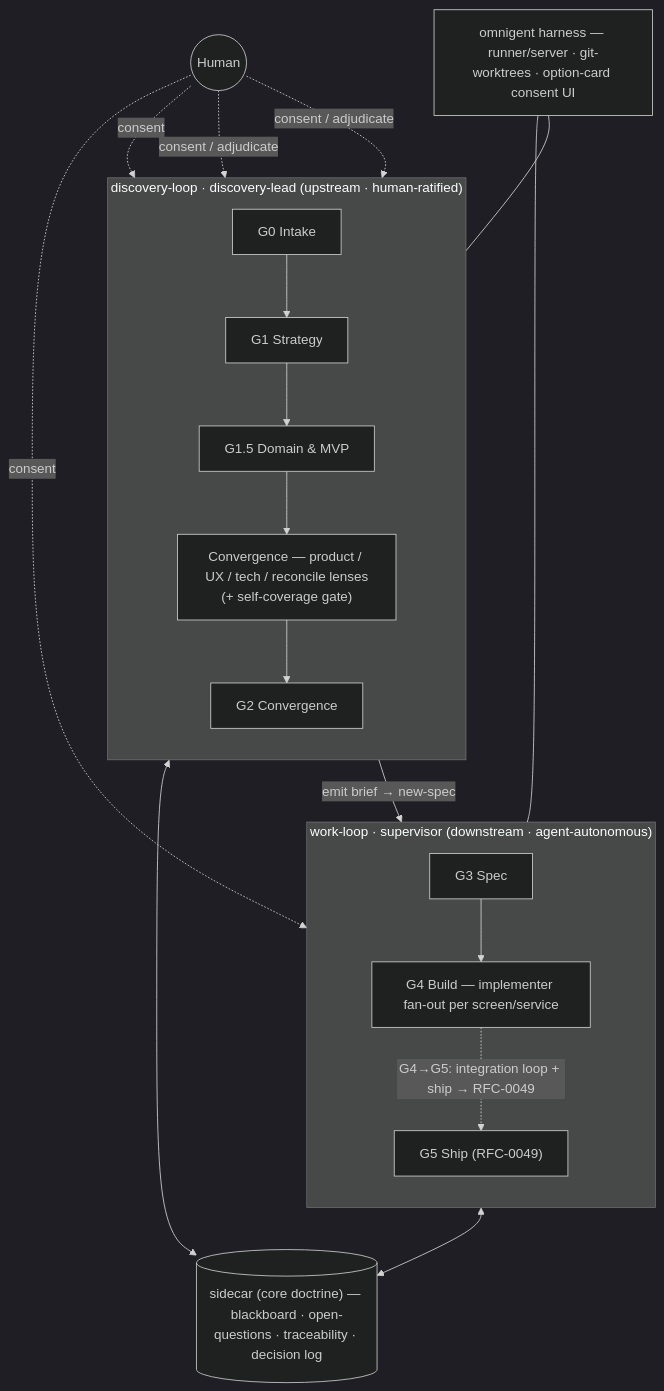
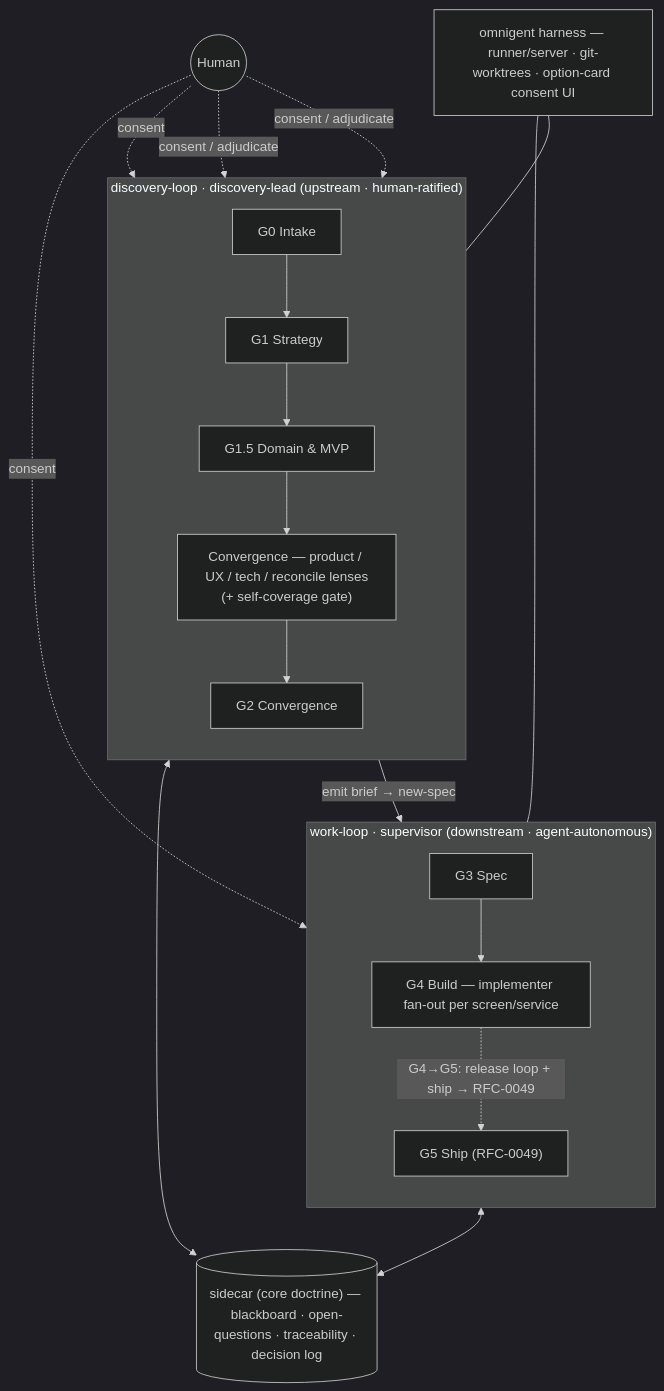
The diagram in docs/rfc/0048-autonomous-product-team-operating-model.md (eugenelim/agent-ready-repo), drawn with Mermaid (dark theme) before and after one commit. The commit also changed other lines of this file and 10 other files, not shown here.

First line of the commit message:
docs(spec): add release-loop spec (RFC-0049) — deployed e2e outer loop + minimum-regret carve

````diff
--- a/docs/rfc/0048-autonomous-product-team-operating-model.md
+++ b/docs/rfc/0048-autonomous-product-team-operating-model.md
@@ -332,29 +332,29 @@
 ```mermaid
 flowchart TB
   Human(("Human"))
   Harness["omnigent harness — runner/server · git-worktrees · option-card consent UI"]
   Sidecar[("sidecar (core doctrine) — blackboard · open-questions · traceability · decision log")]
 
   subgraph discoveryloop["discovery-loop · discovery-lead (upstream · human-ratified)"]
     direction TB
     G0["G0 Intake"] --> G1["G1 Strategy"] --> G15["G1.5 Domain &amp; MVP"]
     G15 --> CONV["Convergence — product / UX / tech / reconcile lenses<br/>(+ self-coverage gate)"]
     CONV --> G2["G2 Convergence"]
   end
 
   subgraph workloop["work-loop · supervisor (downstream · agent-autonomous)"]
     direction TB
-    G3["G3 Spec"] --> G4["G4 Build — implementer fan-out per screen/service"] -.->|"G4→G5: integration loop + ship → RFC-0049"| G5["G5 Ship (RFC-0049)"]
+    G3["G3 Spec"] --> G4["G4 Build — implementer fan-out per screen/service"] -.->|"G4→G5: release loop + ship → RFC-0049"| G5["G5 Ship (RFC-0049)"]
   end
 
   G2 -->|"emit brief → new-spec"| G3
   CONV <--> Sidecar
   G4 <--> Sidecar
   Harness --- discoveryloop
   Harness --- workloop
 
   Human -. "consent" .-> G0
   Human -. "consent / adjudicate" .-> G15
   Human -. "consent / adjudicate" .-> G2
   Human -. "consent" .-> G5
 ```
````
